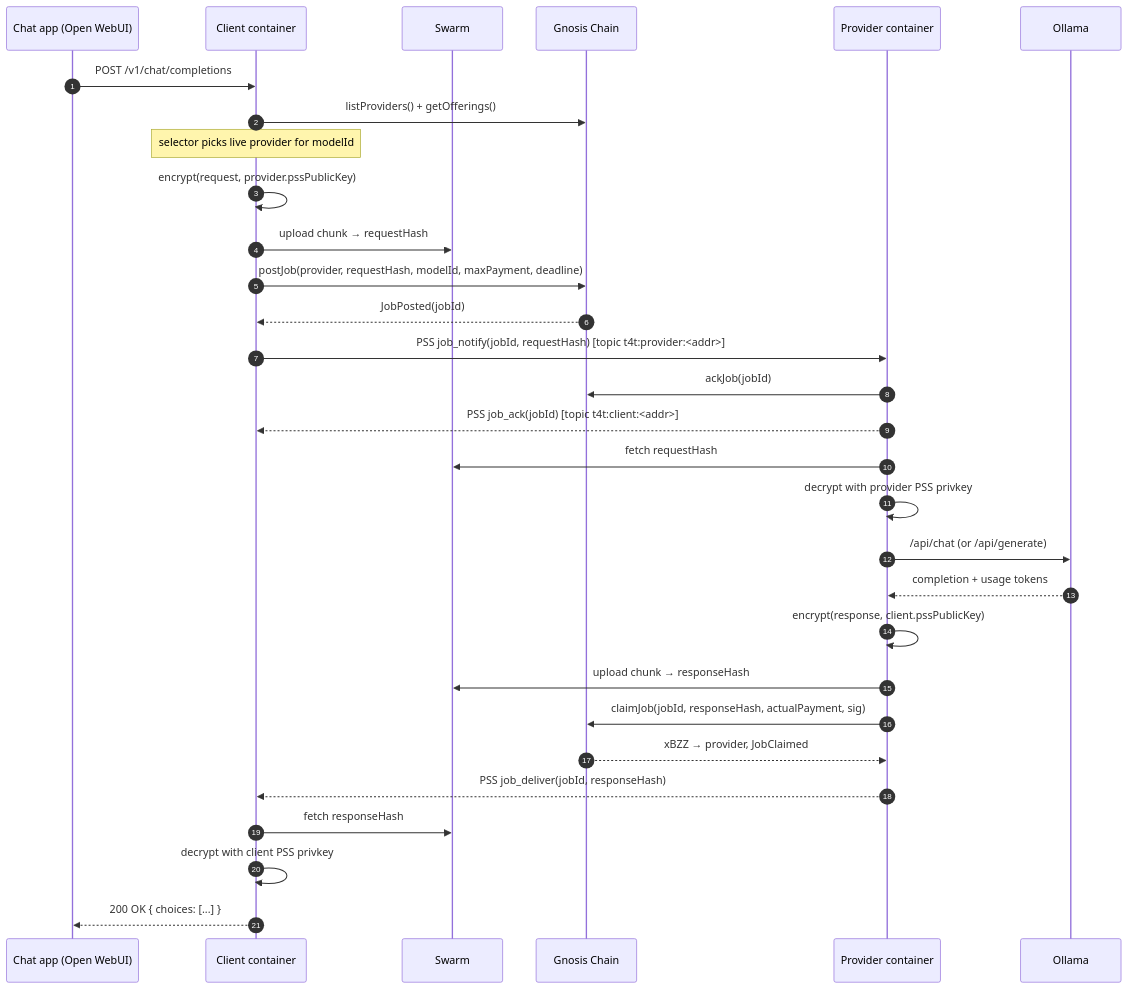
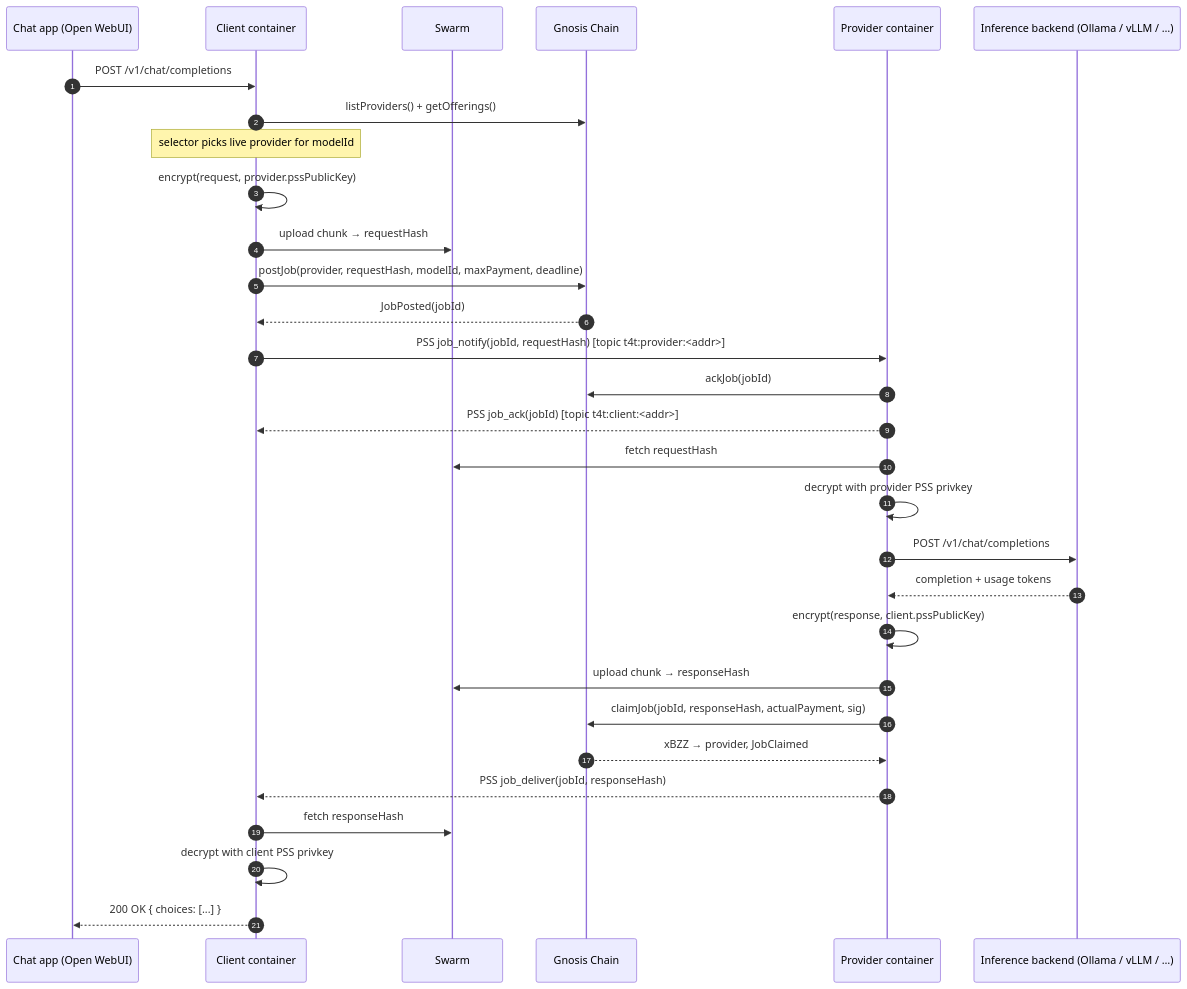
Before and after one commit to token-for-token/t4t: the diagram in docs/flow.md, drawn with Mermaid. The commit also changed other lines of this file and 23 other files, not shown here.

````diff
--- a/docs/flow.md
+++ b/docs/flow.md
@@ -23,33 +23,33 @@
 ```mermaid
 sequenceDiagram
     autonumber
     participant App as Chat app (Open WebUI)
     participant C as Client container
     participant Swarm
     participant Chain as Gnosis Chain
     participant P as Provider container
-    participant Ollama
+    participant Backend as Inference backend (Ollama / vLLM / …)
 
     App->>C: POST /v1/chat/completions
     C->>Chain: listProviders() + getOfferings()
     Note over C: selector picks live provider for modelId
     C->>C: encrypt(request, provider.pssPublicKey)
     C->>Swarm: upload chunk → requestHash
     C->>Chain: postJob(provider, requestHash, modelId, maxPayment, deadline)
     Chain-->>C: JobPosted(jobId)
     C->>P: PSS job_notify(jobId, requestHash) [topic t4t:provider:<addr>]
     P->>Chain: ackJob(jobId)
     P-->>C: PSS job_ack(jobId) [topic t4t:client:<addr>]
     P->>Swarm: fetch requestHash
     P->>P: decrypt with provider PSS privkey
-    P->>Ollama: /api/chat (or /api/generate)
-    Ollama-->>P: completion + usage tokens
+    P->>Backend: POST /v1/chat/completions
+    Backend-->>P: completion + usage tokens
     P->>P: encrypt(response, client.pssPublicKey)
     P->>Swarm: upload chunk → responseHash
     P->>Chain: claimJob(jobId, responseHash, actualPayment, sig)
     Chain-->>P: xBZZ → provider, JobClaimed
     P-->>C: PSS job_deliver(jobId, responseHash)
     C->>Swarm: fetch responseHash
     C->>C: decrypt with client PSS privkey
     C-->>App: 200 OK { choices: [...] }
 ```
````
